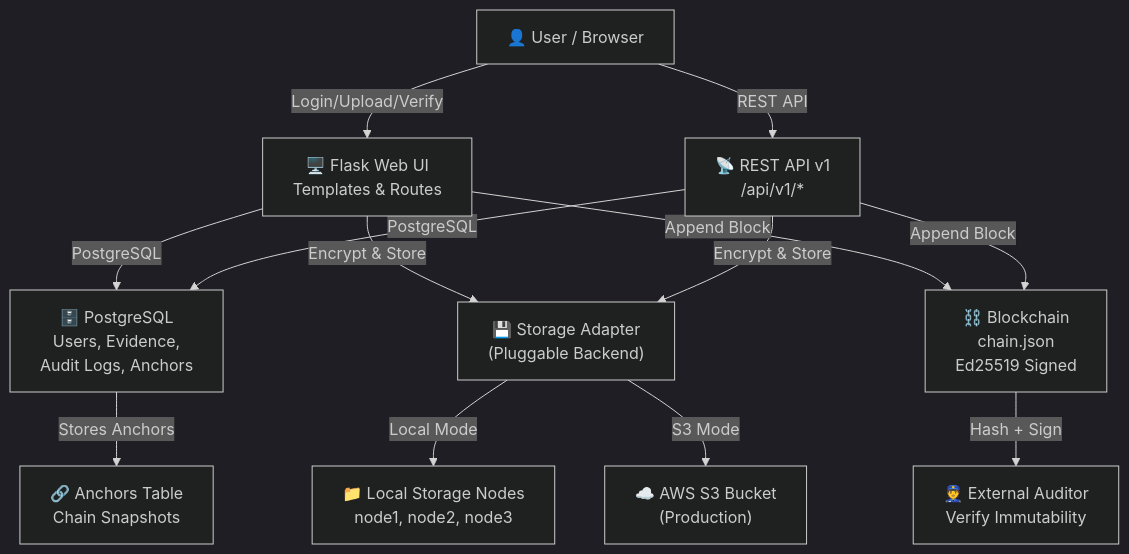
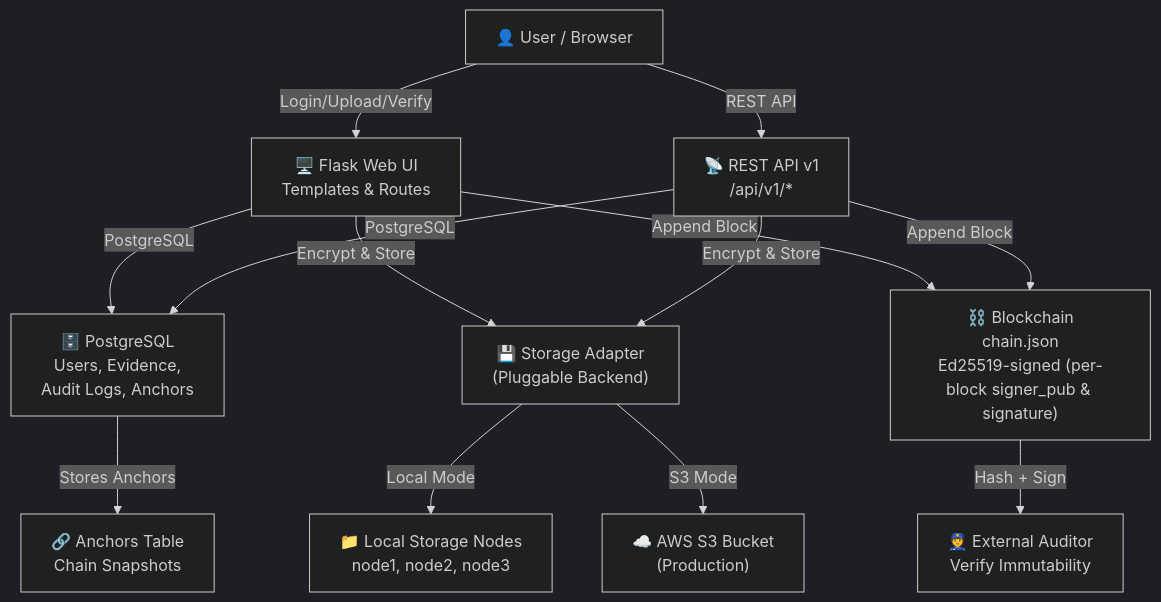
The first of 2 diagrams in README.md (AmulyaKaushik/Cloud-Based-Distributed-Forensic-Evidence-Storage-System), drawn with Mermaid (dark theme) before and after one commit. The commit also changed other lines of this file and 2 other files, not shown here.

````diff
--- a/README.md
+++ b/README.md
@@ -163,22 +163,22 @@
 ```mermaid
 flowchart TB
     User["👤 User / Browser"]
     User -->|Login/Upload/Verify| UI["🖥️ Flask Web UI<br/>Templates & Routes"]
     User -->|REST API| API["📡 REST API v1<br/>/api/v1/*"]
     
     UI -->|PostgreSQL| DB["🗄️ PostgreSQL<br/>Users, Evidence,<br/>Audit Logs, Anchors"]
     API -->|PostgreSQL| DB
     
     UI -->|Encrypt & Store| SA["💾 Storage Adapter<br/>(Pluggable Backend)"]
     API -->|Encrypt & Store| SA
     
     SA -->|Local Mode| LN["📁 Local Storage Nodes<br/>node1, node2, node3"]
     SA -->|S3 Mode| S3["☁️ AWS S3 Bucket<br/>(Production)"]
     
-    UI -->|Append Block| BC["⛓️ Blockchain<br/>chain.json<br/>Ed25519 Signed"]
+    UI -->|Append Block| BC["⛓️ Blockchain<br/>chain.json<br/>Ed25519-signed (per-block signer_pub & signature)"]
     API -->|Append Block| BC
     
     BC -->|Hash + Sign| Auditor["👮 External Auditor<br/>Verify Immutability"]
     
     DB -->|Stores Anchors| AN["🔗 Anchors Table<br/>Chain Snapshots"]
 ```
````
